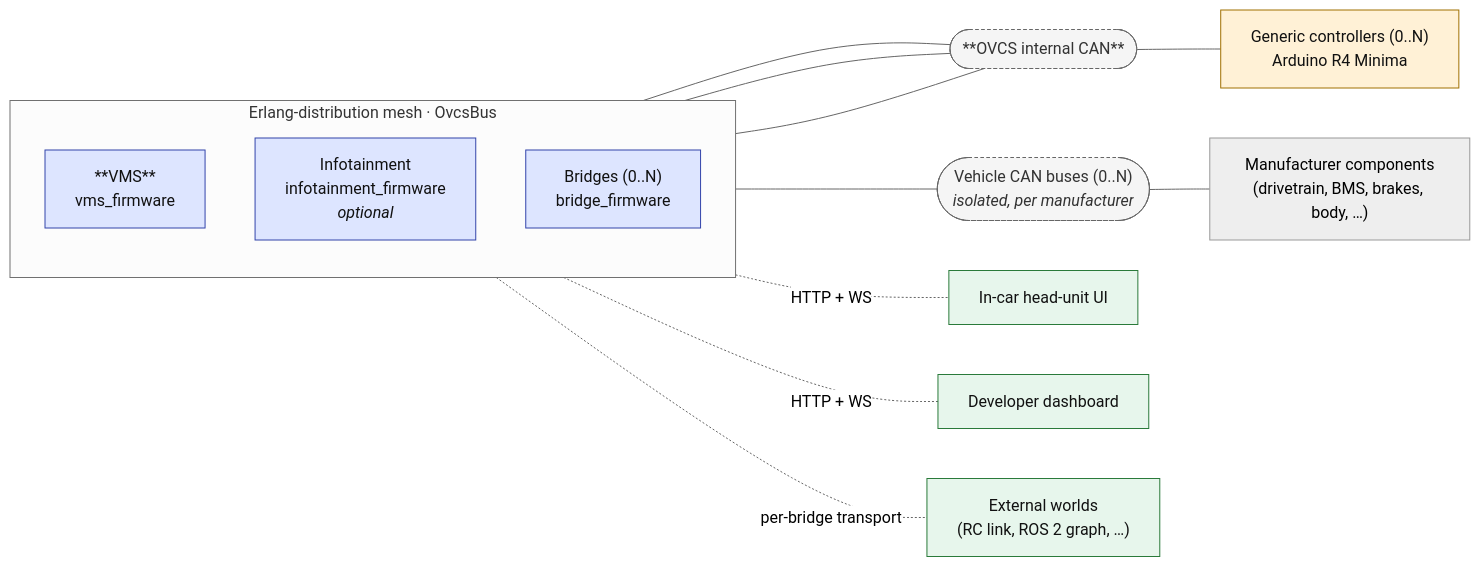
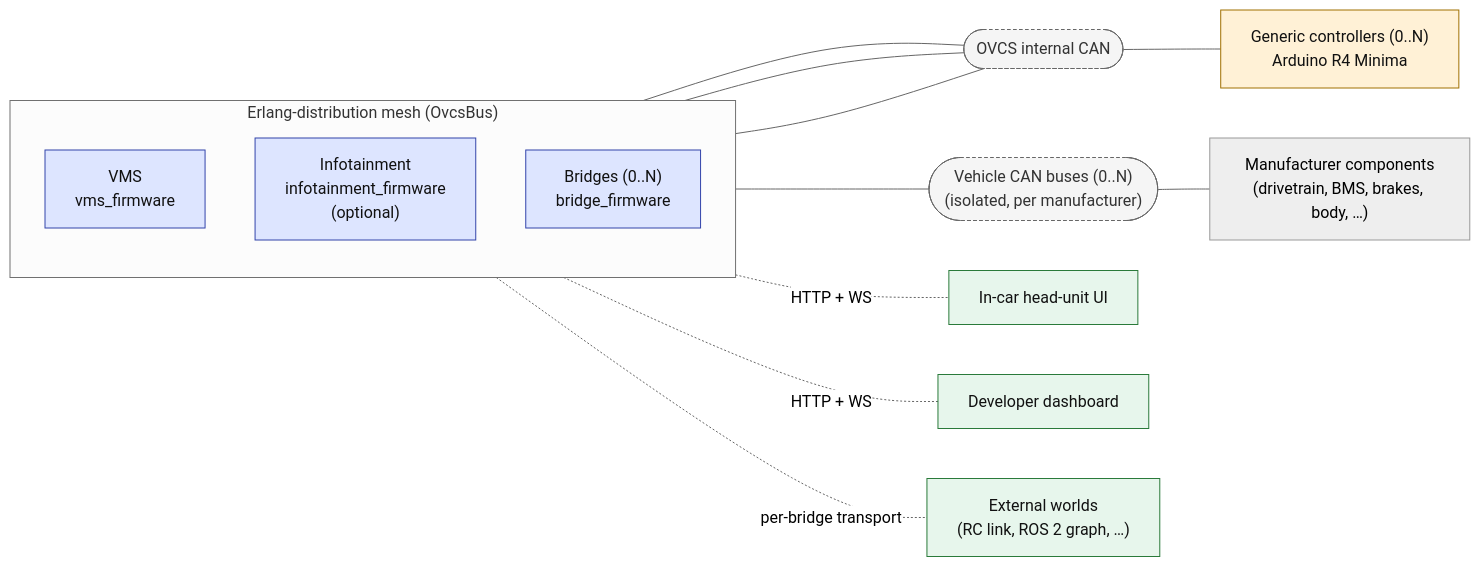
The diagram in README.md (open-vehicle-control-system/ovcs), drawn with Mermaid (neutral theme) before and after one commit. The commit also changed 1 other file, not shown here.

Commit message:
docs: strip non-ASCII chars from Mermaid diagrams
GitHub's Mermaid lexer rejects middle-dot in link labels ('Lexical
error on line 52'). Also pull out the bold/italic markdown in node
labels and the I2C subscript — supported in some Mermaid versions but
flaky on GitHub. ASCII em-dash and parens read the same and render
everywhere.

````diff
--- a/README.md
+++ b/README.md
@@ -34,35 +34,35 @@
 ```mermaid
 flowchart LR
     classDef firmware fill:#dde5ff,stroke:#3344aa,color:#111
     classDef arduino  fill:#fff1d6,stroke:#a07000,color:#111
     classDef bus      fill:#f5f5f5,stroke:#666,color:#333,stroke-dasharray:3 3
     classDef external fill:#e7f6ec,stroke:#2a7a3a,color:#111
 
-    subgraph CLUSTER["Erlang-distribution mesh · OvcsBus"]
+    subgraph CLUSTER["Erlang-distribution mesh (OvcsBus)"]
         direction TB
-        VMS["**VMS**<br/>vms_firmware"]:::firmware
-        INFO["Infotainment<br/>infotainment_firmware<br/><i>optional</i>"]:::firmware
+        VMS["VMS<br/>vms_firmware"]:::firmware
+        INFO["Infotainment<br/>infotainment_firmware<br/>(optional)"]:::firmware
         BRIDGES["Bridges (0..N)<br/>bridge_firmware"]:::firmware
     end
 
     CTRL["Generic controllers (0..N)<br/>Arduino R4 Minima"]:::arduino
 
-    OVCS_BUS(["**OVCS internal CAN**"]):::bus
-    VEH_BUSES(["Vehicle CAN buses (0..N)<br/><i>isolated, per manufacturer</i>"]):::bus
+    OVCS_BUS(["OVCS internal CAN"]):::bus
+    VEH_BUSES(["Vehicle CAN buses (0..N)<br/>(isolated, per manufacturer)"]):::bus
 
     MFG["Manufacturer components<br/>(drivetrain, BMS, brakes, body, …)"]
     HEAD["In-car head-unit UI"]:::external
     DEBUG["Developer dashboard"]:::external
     OUTSIDE["External worlds<br/>(RC link, ROS 2 graph, …)"]:::external
 
     VMS     --- OVCS_BUS
     INFO    --- OVCS_BUS
     BRIDGES --- OVCS_BUS
     OVCS_BUS --- CTRL
 
     VMS --- VEH_BUSES --- MFG
 
     INFO    -. HTTP + WS .- HEAD
     VMS     -. HTTP + WS .- DEBUG
     BRIDGES -. per-bridge transport .- OUTSIDE
 ```
````
